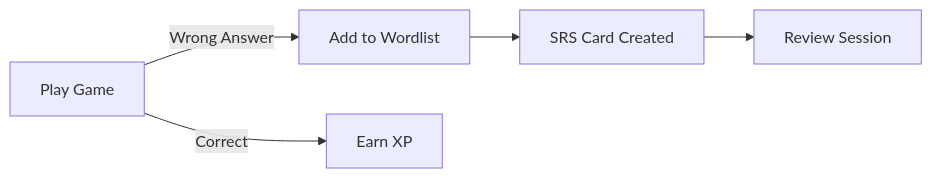
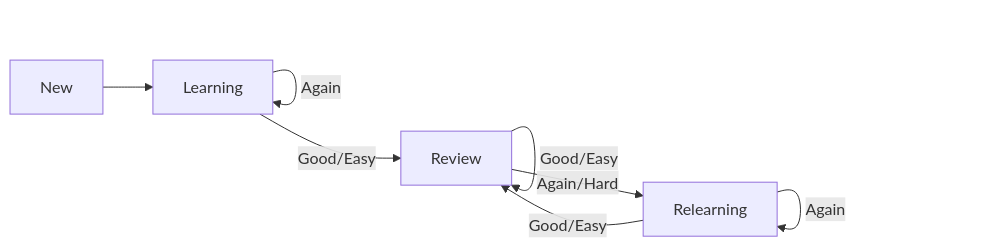
Before and after one commit to sillygod/bondify: the diagram in docs/srs.md, drawn with Mermaid. The commit also changed other lines of this file, not shown here.

Commit message:
add srs doc

````diff
--- a/docs/srs.md
+++ b/docs/srs.md
@@ -48,7 +35,10 @@
 ```mermaid
 graph LR
-    G[Play Game] --> |Wrong Answer| W[Add to Wordlist]
-    G --> |Correct| XP[Earn XP]
-    W --> SRS[SRS Card Created]
-    SRS --> R[Review Session]
+    N[New] --> L[Learning]
+    L --> |Good/Easy| R[Review]
+    L --> |Again| L
+    R --> |Good/Easy| R
+    R --> |Again/Hard| RL[Relearning]
+    RL --> |Good/Easy| R
+    RL --> |Again| RL
 ```
````
